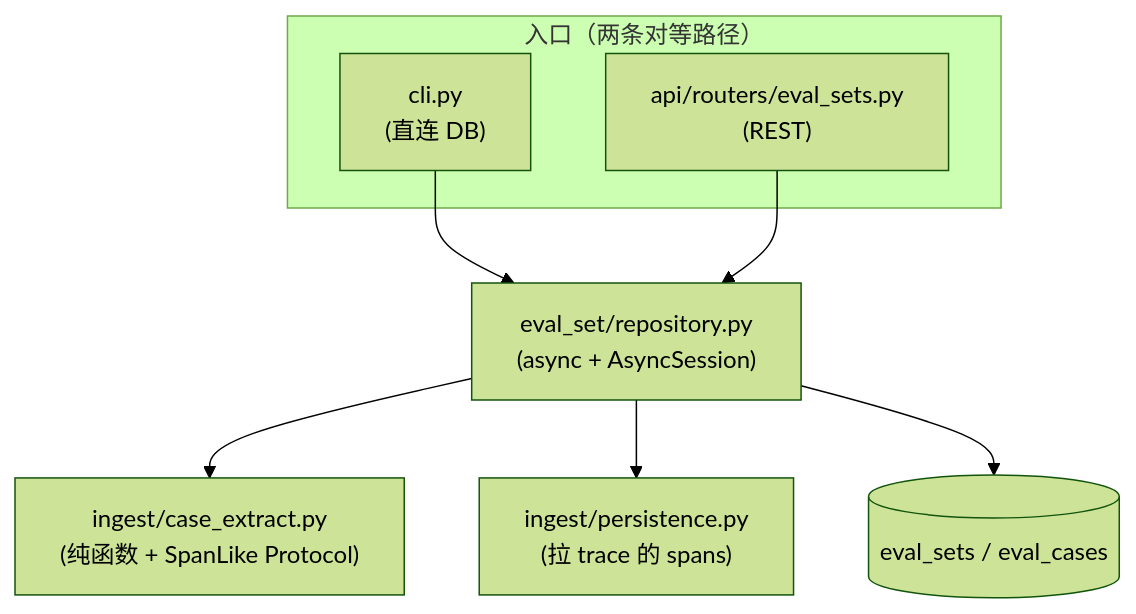
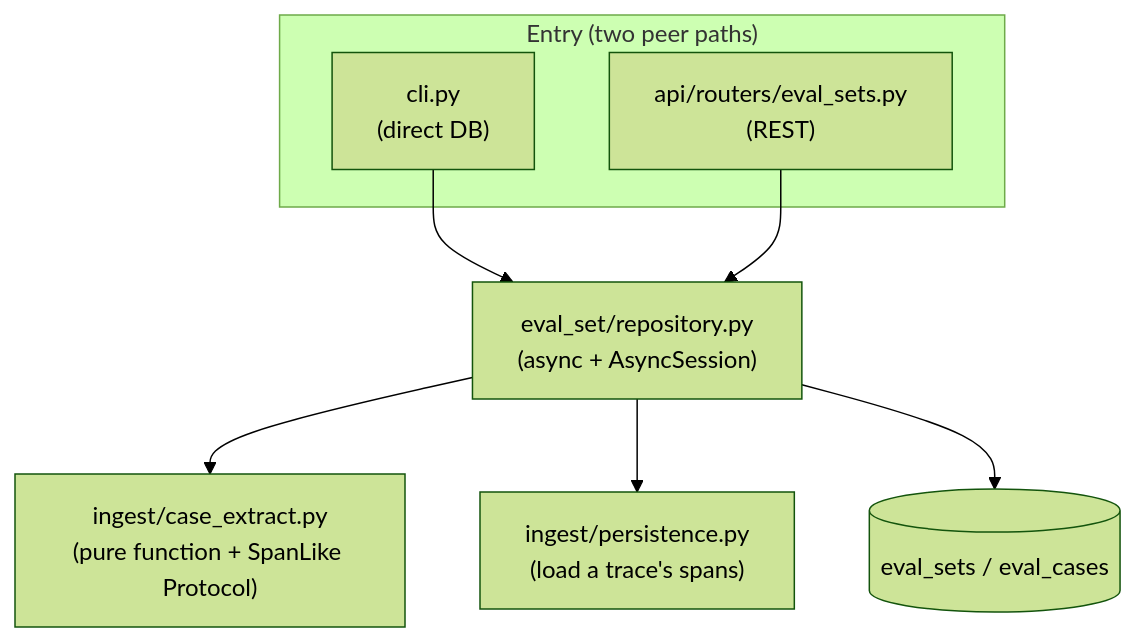
One commit to AndyUneducated/eval-gate changed the second of 2 diagrams in docs/PHASE_4_PLAN.md. Above: the diagram before and after it, drawn with Mermaid (forest theme). The commit also changed other lines of this file and 22 other files, not shown here.

````diff
--- a/docs/PHASE_4_PLAN.md
+++ b/docs/PHASE_4_PLAN.md
@@ -27,17 +27,17 @@
 ```mermaid
 flowchart TB
-  subgraph entry["入口（两条对等路径）"]
-    CLI["cli.py<br/>(直连 DB)"]
+  subgraph entry["Entry (two peer paths)"]
+    CLI["cli.py<br/>(direct DB)"]
     Router["api/routers/eval_sets.py<br/>(REST)"]
   end
   Repo["eval_set/repository.py<br/>(async + AsyncSession)"]
-  Extract["ingest/case_extract.py<br/>(纯函数 + SpanLike Protocol)"]
-  Persist["ingest/persistence.py<br/>(拉 trace 的 spans)"]
+  Extract["ingest/case_extract.py<br/>(pure function + SpanLike Protocol)"]
+  Persist["ingest/persistence.py<br/>(load a trace's spans)"]
   DB[("eval_sets / eval_cases")]
 
   CLI --> Repo
   Router --> Repo
   Repo --> Extract
   Repo --> Persist
   Repo --> DB
 ```
````
